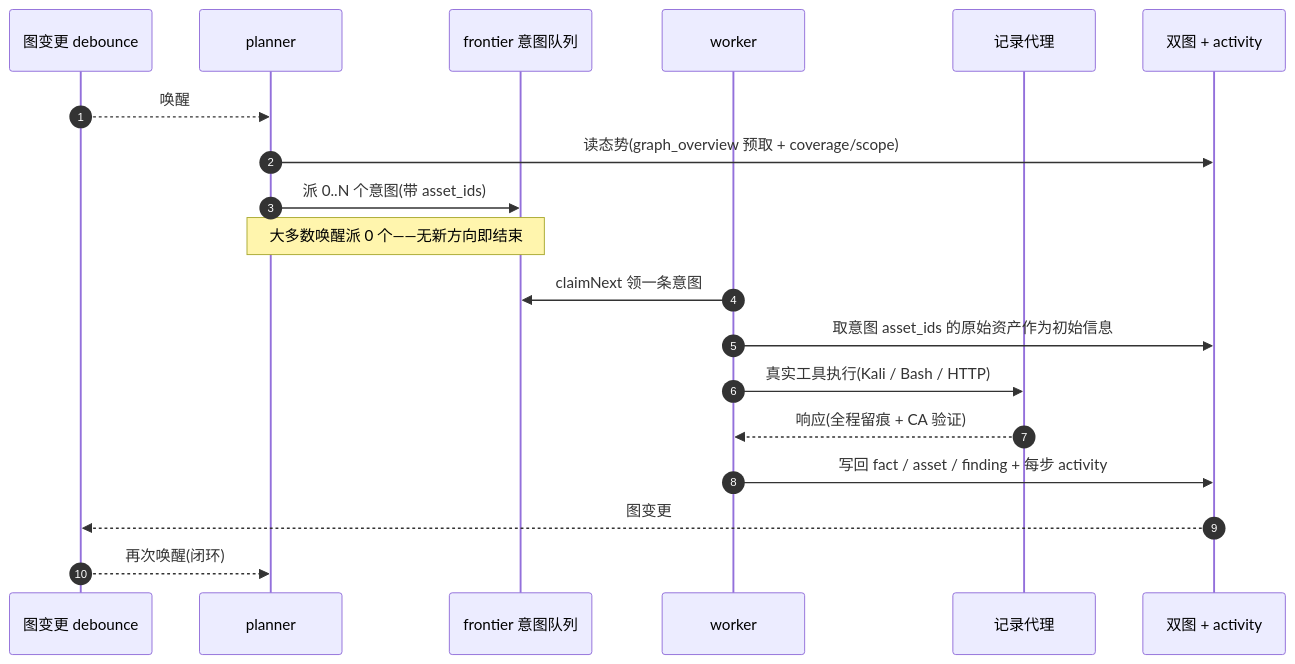
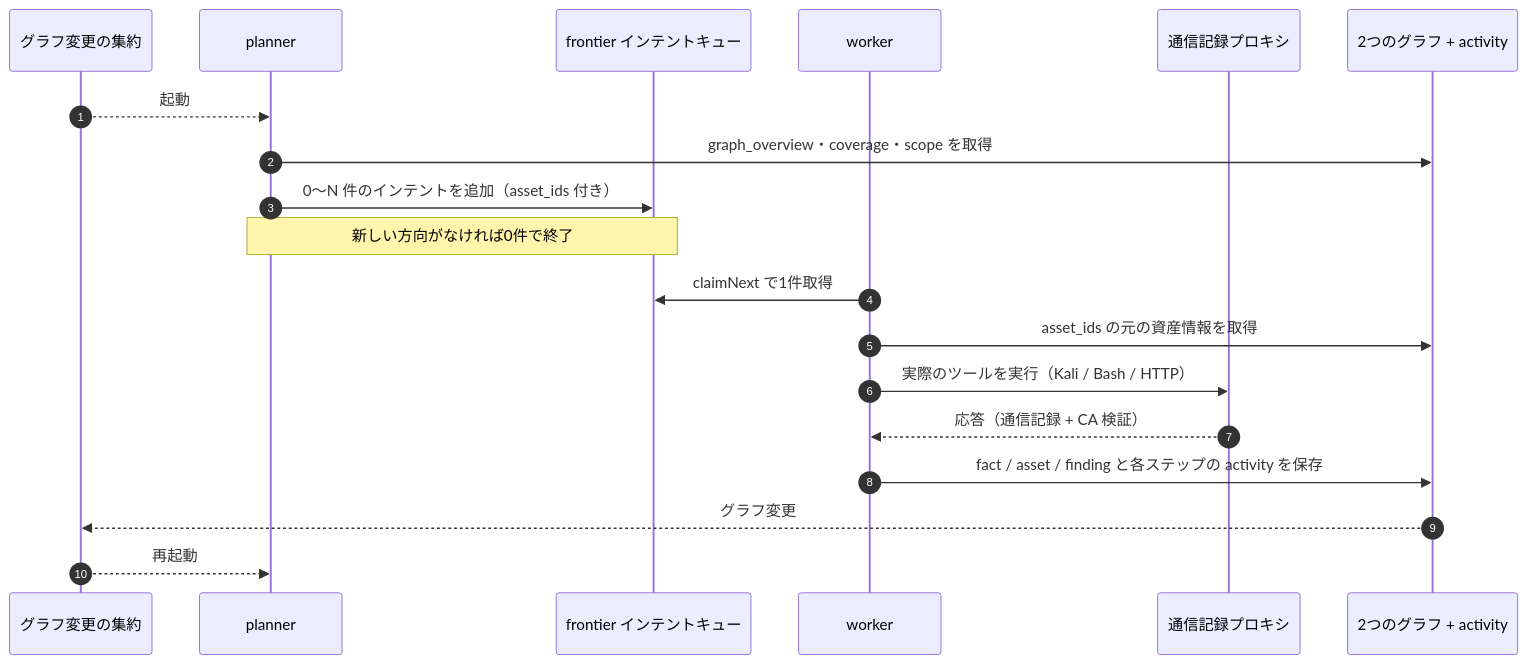
Before and after one commit to hara-kazu/ARTEX-Japanese: the third of 5 diagrams in README.md, drawn with Mermaid. The commit also changed other lines of this file and 139 other files, not shown here.

````diff
--- a/README.md
+++ b/README.md
@@ -400,22 +464,21 @@
 ```mermaid
 sequenceDiagram
   autonumber
-  participant EV as 图变更 debounce
+  participant EV as グラフ変更の集約
   participant P as planner
-  participant FR as frontier 意图队列
+  participant FR as frontier インテントキュー
   participant W as worker
-  participant PX as 记录代理
-  participant DB as 双图 + activity
-
-  EV-->>P: 唤醒
-  P->>DB: 读态势(graph_overview 预取 + coverage/scope)
-  P->>FR: 派 0..N 个意图(带 asset_ids)
-  Note over P,FR: 大多数唤醒派 0 个——无新方向即结束
-  W->>FR: claimNext 领一条意图
-  W->>DB: 取意图 asset_ids 的原始资产作为初始信息
-  W->>PX: 真实工具执行(Kali / Bash / HTTP)
-  PX-->>W: 响应(全程留痕 + CA 验证)
-  W->>DB: 写回 fact / asset / finding + 每步 activity
-  DB-->>EV: 图变更
-  EV-->>P: 再次唤醒(闭环)
+  participant PX as 通信記録プロキシ
+  participant DB as 2つのグラフ + activity
+  EV-->>P: 起動
+  P->>DB: graph_overview・coverage・scope を取得
+  P->>FR: 0～N 件のインテントを追加（asset_ids 付き）
+  Note over P,FR: 新しい方向がなければ0件で終了
+  W->>FR: claimNext で1件取得
+  W->>DB: asset_ids の元の資産情報を取得
+  W->>PX: 実際のツールを実行（Kali / Bash / HTTP）
+  PX-->>W: 応答（通信記録 + CA 検証）
+  W->>DB: fact / asset / finding と各ステップの activity を保存
+  DB-->>EV: グラフ変更
+  EV-->>P: 再起動
 ```
````
